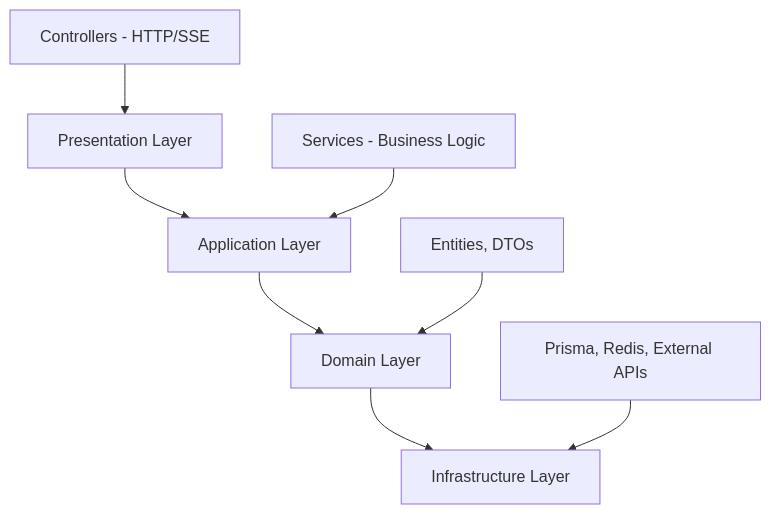
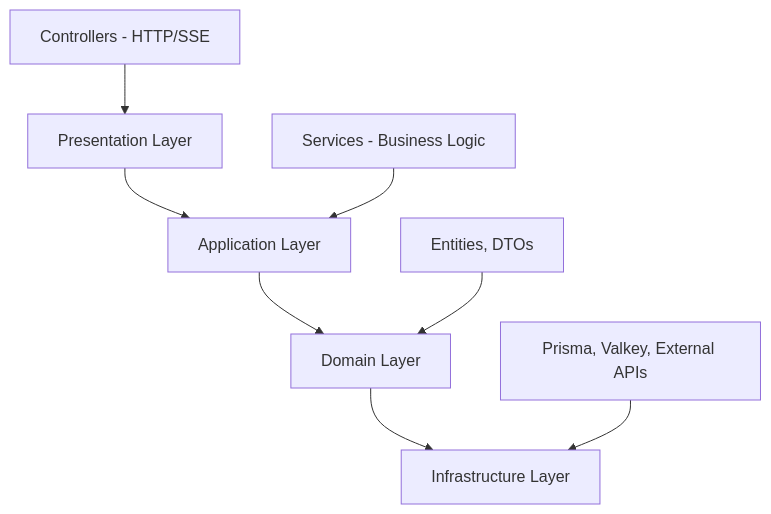
One commit to 5010-dev/sage-docs changed the first of 5 diagrams in docs/technical/backend-spec.md. Above: the diagram before and after it, drawn with Mermaid. The commit also changed other lines of this file and 10 other files, not shown here.

````diff
--- a/docs/technical/backend-spec.md
+++ b/docs/technical/backend-spec.md
@@ -94,11 +94,11 @@
 ```mermaid
 graph TD
     A[Presentation Layer] --> B[Application Layer]
     B --> C[Domain Layer]
     C --> D[Infrastructure Layer]
 
     A1[Controllers - HTTP/SSE] --> A
     B1[Services - Business Logic] --> B
     C1[Entities, DTOs] --> C
-    D1[Prisma, Redis, External APIs] --> D
+    D1[Prisma, Valkey, External APIs] --> D
 ```
````
